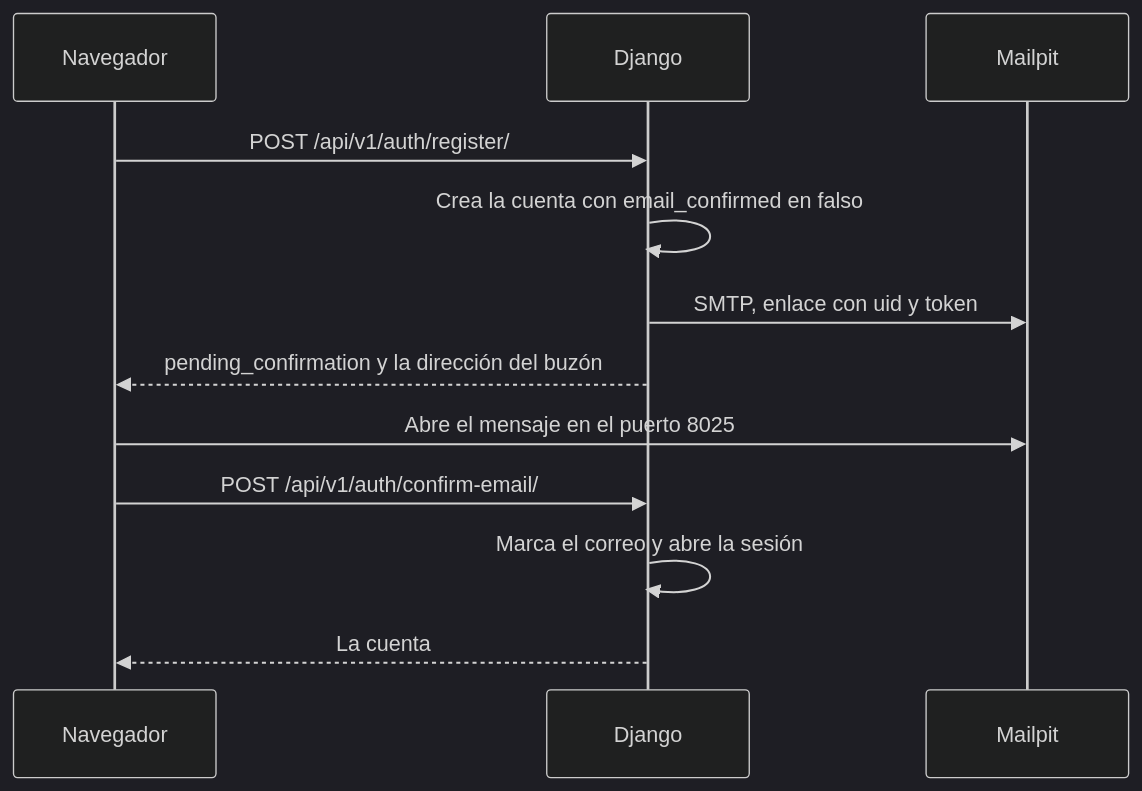
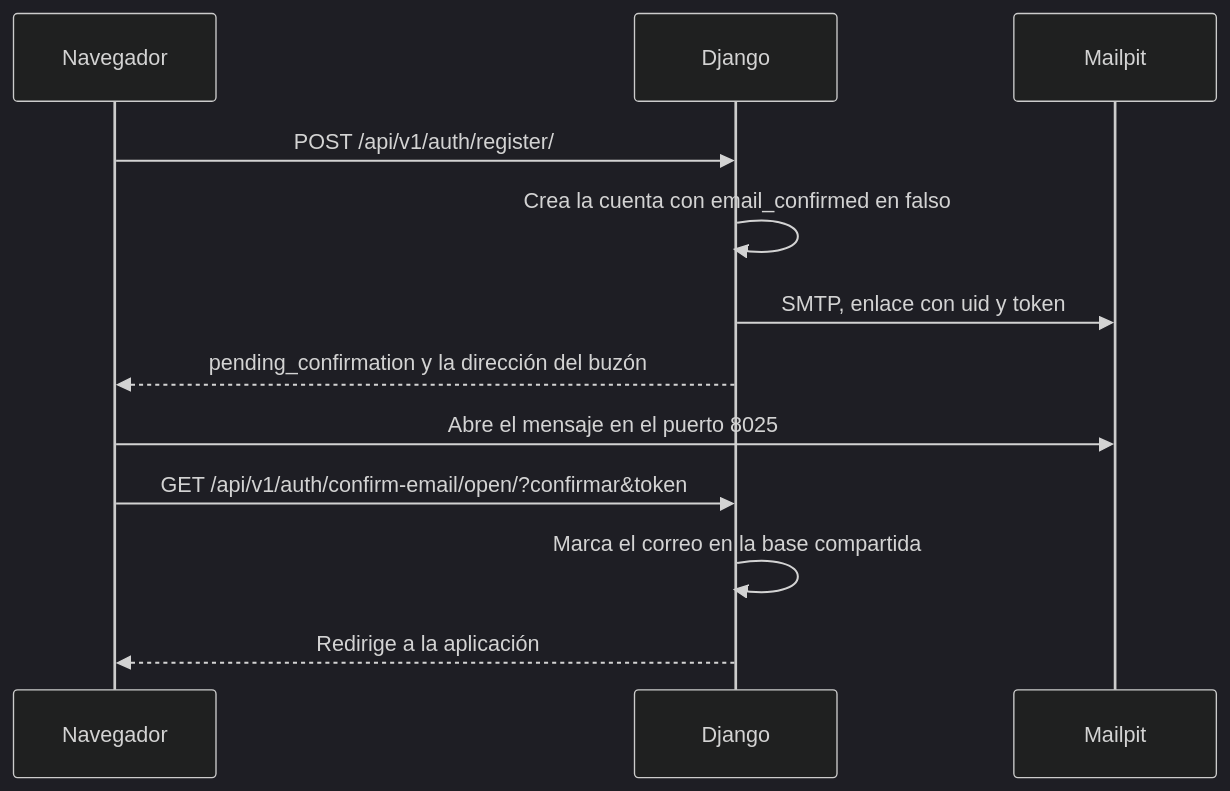
One commit to roque-code/FCDesign_client_server changed the second of 5 diagrams in docs/arquitectura.md. Above: the diagram before and after it, drawn with Mermaid (dark theme). The commit also changed other lines of this file and 10 other files, not shown here.

````diff
--- a/docs/arquitectura.md
+++ b/docs/arquitectura.md
@@ -193,15 +193,15 @@
 ```mermaid
 sequenceDiagram
     participant U as Navegador
     participant W as Django
     participant M as Mailpit
 
     U->>W: POST /api/v1/auth/register/
     W->>W: Crea la cuenta con email_confirmed en falso
     W->>M: SMTP, enlace con uid y token
     W-->>U: pending_confirmation y la dirección del buzón
     U->>M: Abre el mensaje en el puerto 8025
-    U->>W: POST /api/v1/auth/confirm-email/
-    W->>W: Marca el correo y abre la sesión
-    W-->>U: La cuenta
+    U->>W: GET /api/v1/auth/confirm-email/open/?confirmar&token
+    W->>W: Marca el correo en la base compartida
+    W-->>U: Redirige a la aplicación
 ```
````
